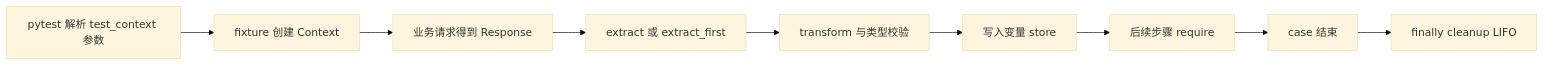
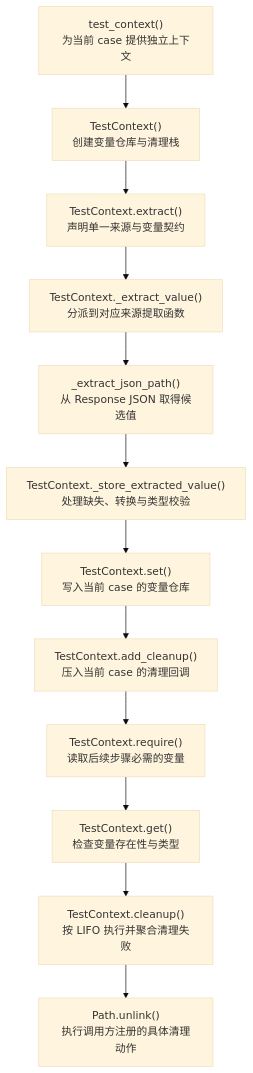
The fifth of 5 diagrams in course/DAY08_TEST_CONTEXT_LIFECYCLE.md (wjy801/llm_api_case), drawn with Mermaid (base theme) before and after one commit. The commit also changed other lines of this file and 8 other files, not shown here.

````diff
--- a/course/DAY08_TEST_CONTEXT_LIFECYCLE.md
+++ b/course/DAY08_TEST_CONTEXT_LIFECYCLE.md
@@ -1164,11 +849,14 @@
 ```mermaid
-flowchart LR
-    A["pytest 解析 test_context 参数"] --> B["fixture 创建 Context"]
-    B --> C["业务请求得到 Response"]
-    C --> D["extract 或 extract_first"]
-    D --> E["transform 与类型校验"]
-    E --> F["写入变量 store"]
-    F --> G["后续步骤 require"]
-    G --> H["case 结束"]
-    H --> I["finally cleanup LIFO"]
+flowchart TD
+    A["test_context()<br/>为当前 case 提供独立上下文"] --> B["TestContext()<br/>创建变量仓库与清理栈"]
+    B --> C["TestContext.extract()<br/>声明单一来源与变量契约"]
+    C --> D["TestContext._extract_value()<br/>分派到对应来源提取函数"]
+    D --> E["_extract_json_path()<br/>从 Response JSON 取得候选值"]
+    E --> F["TestContext._store_extracted_value()<br/>处理缺失、转换与类型校验"]
+    F --> G["TestContext.set()<br/>写入当前 case 的变量仓库"]
+    G --> H["TestContext.add_cleanup()<br/>压入当前 case 的清理回调"]
+    H --> I["TestContext.require()<br/>读取后续步骤必需的变量"]
+    I --> J["TestContext.get()<br/>检查变量存在性与类型"]
+    J --> K["TestContext.cleanup()<br/>按 LIFO 执行并聚合清理失败"]
+    K --> L["Path.unlink()<br/>执行调用方注册的具体清理动作"]
 ```
````
